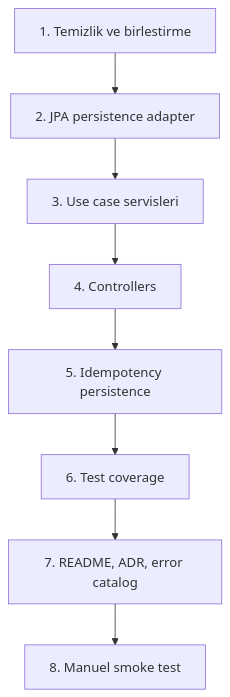
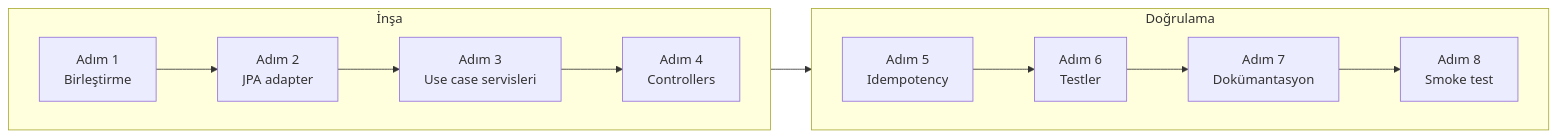
One commit to adraarda23/banking-learning changed the second of 4 diagrams in 01-foundation/mini-project/README.md. Above: the diagram before and after it, drawn with Mermaid. The commit also changed other lines of this file and 37 other files, not shown here.

````diff
--- a/01-foundation/mini-project/README.md
+++ b/01-foundation/mini-project/README.md
@@ -236,10 +219,12 @@
 ```mermaid
-flowchart TD
-    A1["1. Temizlik ve birlestirme"] --> A2["2. JPA persistence adapter"]
-    A2 --> A3["3. Use case servisleri"]
-    A3 --> A4["4. Controllers"]
-    A4 --> A5["5. Idempotency persistence"]
-    A5 --> A6["6. Test coverage"]
-    A6 --> A7["7. README, ADR, error catalog"]
-    A7 --> A8["8. Manuel smoke test"]
+flowchart LR
+    subgraph Insa["İnşa"]
+        direction LR
+        A1["Adım 1<br/>Birleştirme"] --> A2["Adım 2<br/>JPA adapter"] --> A3["Adım 3<br/>Use case servisleri"] --> A4["Adım 4<br/>Controllers"]
+    end
+    subgraph Dogrulama["Doğrulama"]
+        direction LR
+        A5["Adım 5<br/>Idempotency"] --> A6["Adım 6<br/>Testler"] --> A7["Adım 7<br/>Dokümantasyon"] --> A8["Adım 8<br/>Smoke test"]
+    end
+    A4 --> A5
 ```
````
